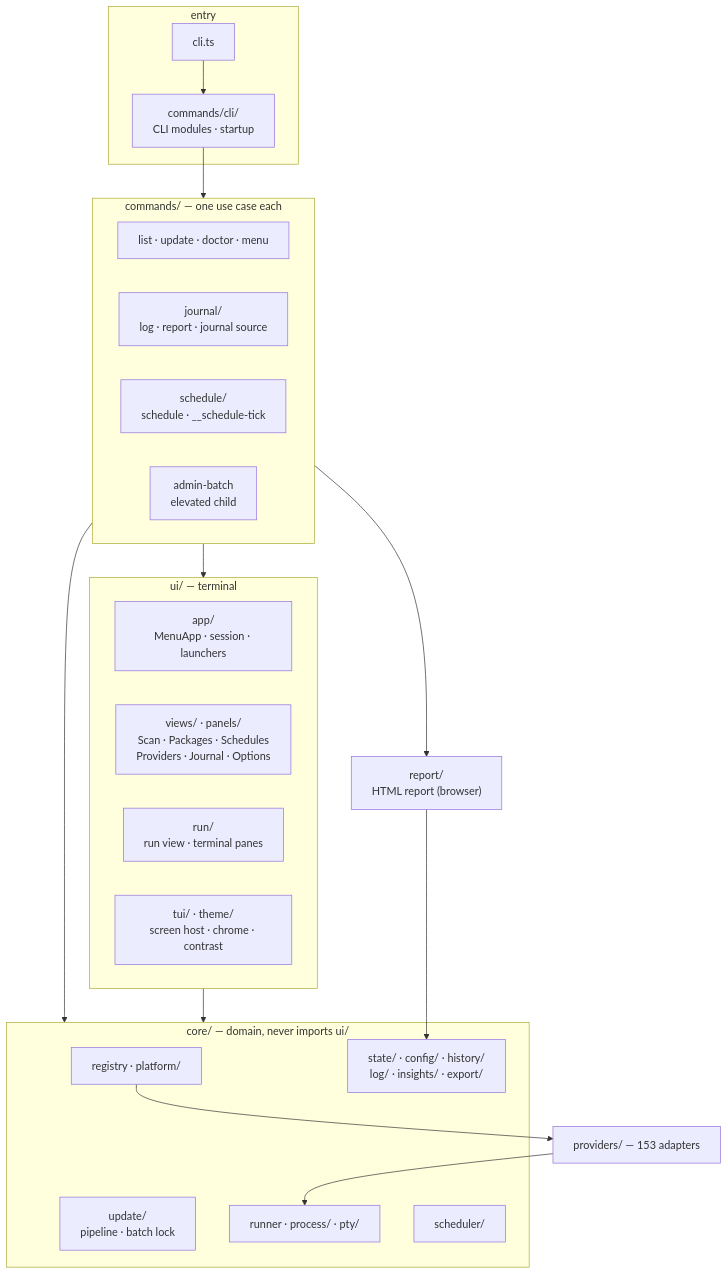
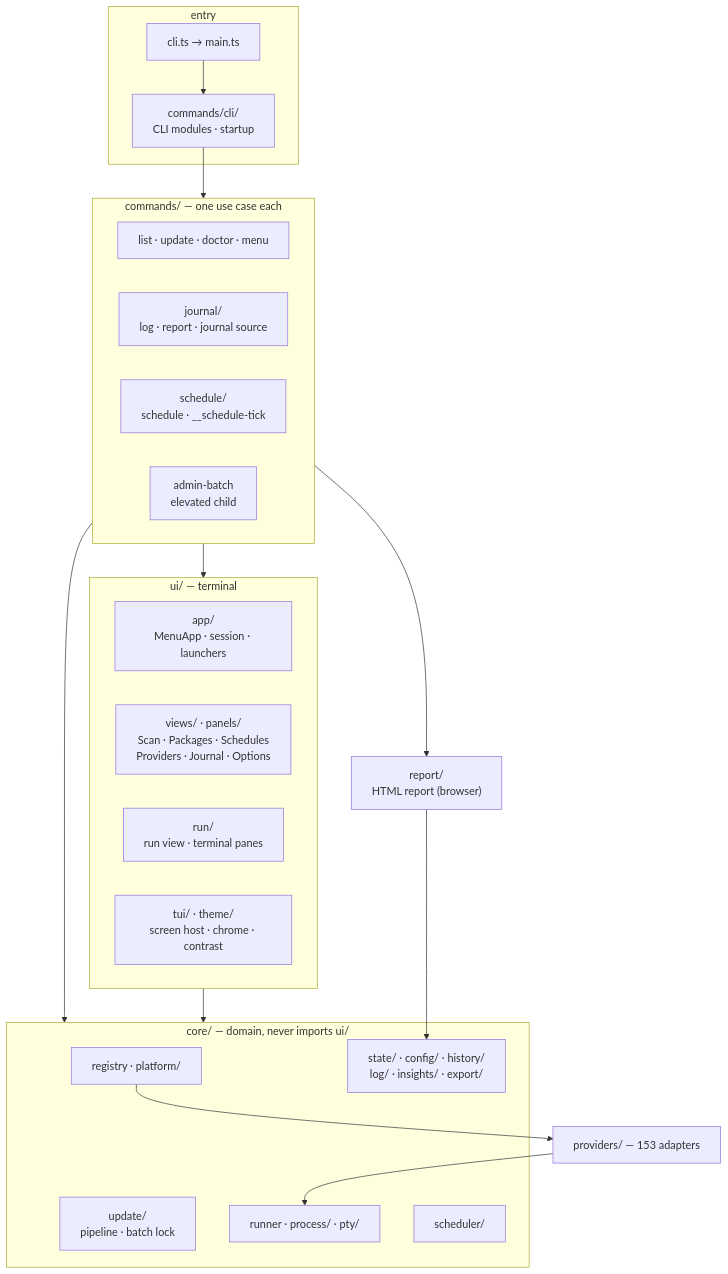
The second of 12 diagrams in docs/development/architecture.md (LINDECKER-Charles/gup), drawn with Mermaid before and after one commit. The commit also changed other lines of this file and 16 other files, not shown here.

````diff
--- a/docs/development/architecture.md
+++ b/docs/development/architecture.md
@@ -86,32 +86,32 @@
 ```mermaid
 flowchart TB
     subgraph Entry["entry"]
-        Cli["cli.ts"] --> Modules["commands/cli/<br/>CLI modules · startup"]
+        Cli["cli.ts → main.ts"] --> Modules["commands/cli/<br/>CLI modules · startup"]
     end
     subgraph Commands["commands/ — one use case each"]
         Cmd["list · update · doctor · menu"]
         Journal["journal/<br/>log · report · journal source"]
         Sched["schedule/<br/>schedule · __schedule-tick"]
         Admin["admin-batch<br/>elevated child"]
     end
     subgraph UI["ui/ — terminal"]
         App["app/<br/>MenuApp · session · launchers"]
         Views["views/ · panels/<br/>Scan · Packages · Schedules<br/>Providers · Journal · Options"]
         Run["run/<br/>run view · terminal panes"]
         Tui["tui/ · theme/<br/>screen host · chrome · contrast"]
     end
     Report["report/<br/>HTML report (browser)"]
     subgraph Core["core/ — domain, never imports ui/"]
         Registry["registry · platform/"]
         Update["update/<br/>pipeline · batch lock"]
         Process["runner · process/ · pty/"]
         Data["state/ · config/ · history/<br/>log/ · insights/ · export/"]
         Scheduler["scheduler/"]
     end
     Providers["providers/ — 153 adapters"]
     Modules --> Commands
     Commands --> UI & Report & Core
     UI --> Core
     Report --> Data
     Registry --> Providers --> Process
 ```
````
